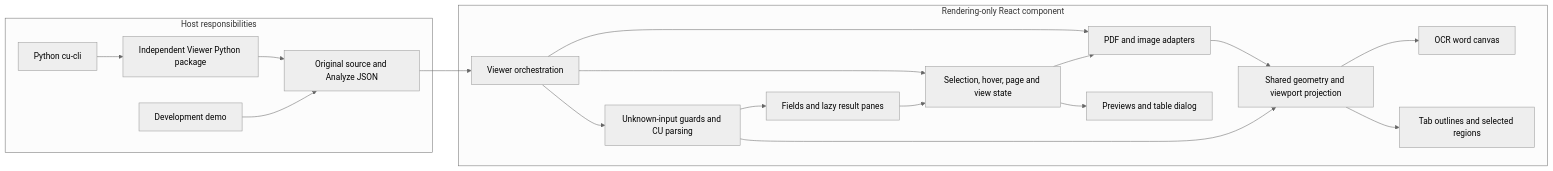
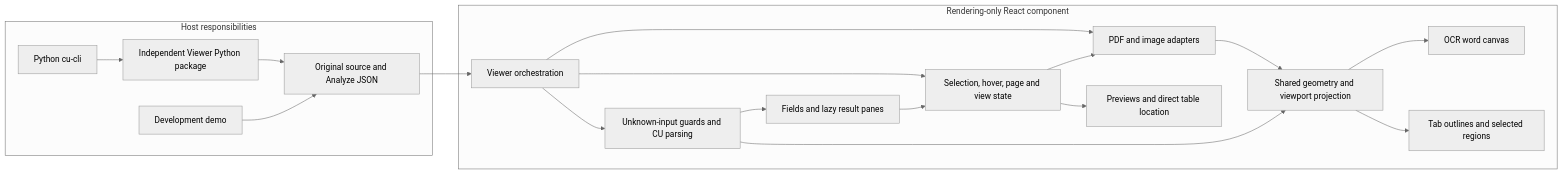
One commit to changjian-wang/cu-viewer changed the diagram in docs/dev-plan.md. Above: the diagram before and after it, drawn with Mermaid (neutral theme). The commit also changed other lines of this file and 153 other files, not shown here.

````diff
--- a/docs/dev-plan.md
+++ b/docs/dev-plan.md
@@ -134,35 +603,35 @@
 ```mermaid
 flowchart LR
     subgraph Hosts["Host responsibilities"]
         CLI["Python cu-cli"]
         Launcher["Independent Viewer Python package"]
         Demo["Development demo"]
         Data["Original source and Analyze JSON"]
         CLI --> Launcher
         Launcher --> Data
         Demo --> Data
     end
     subgraph Viewer["Rendering-only React component"]
         Entry["Viewer orchestration"]
         Parser["Unknown-input guards and CU parsing"]
         State["Selection, hover, page and view state"]
         Source["PDF and image adapters"]
         Projection["Shared geometry and viewport projection"]
         Panes["Fields and lazy result panes"]
         Words["OCR word canvas"]
         Regions["Tab outlines and selected regions"]
-        Preview["Previews and table dialog"]
+        Preview["Previews and direct table location"]
         Entry --> Parser
         Entry --> State
         Entry --> Source
         Parser --> Panes
         Panes --> State
         State --> Source
         Source --> Projection
         Parser --> Projection
         Projection --> Words
         Projection --> Regions
         State --> Preview
     end
     Data --> Entry
 ```
````
